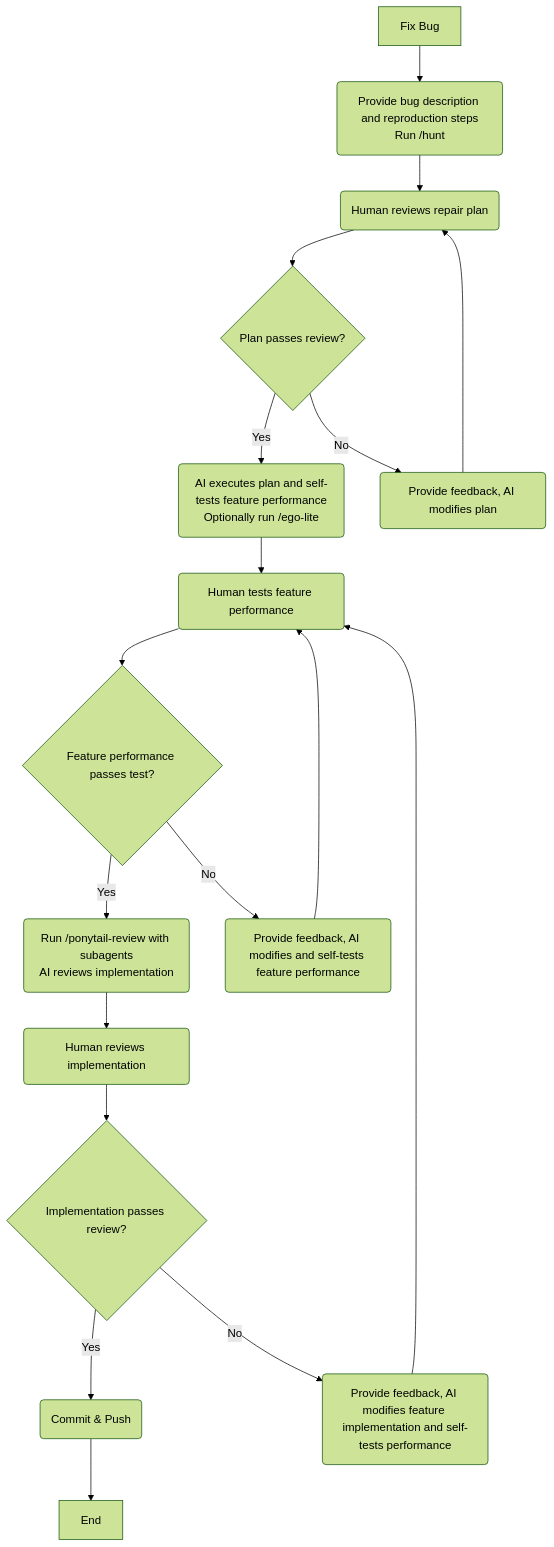
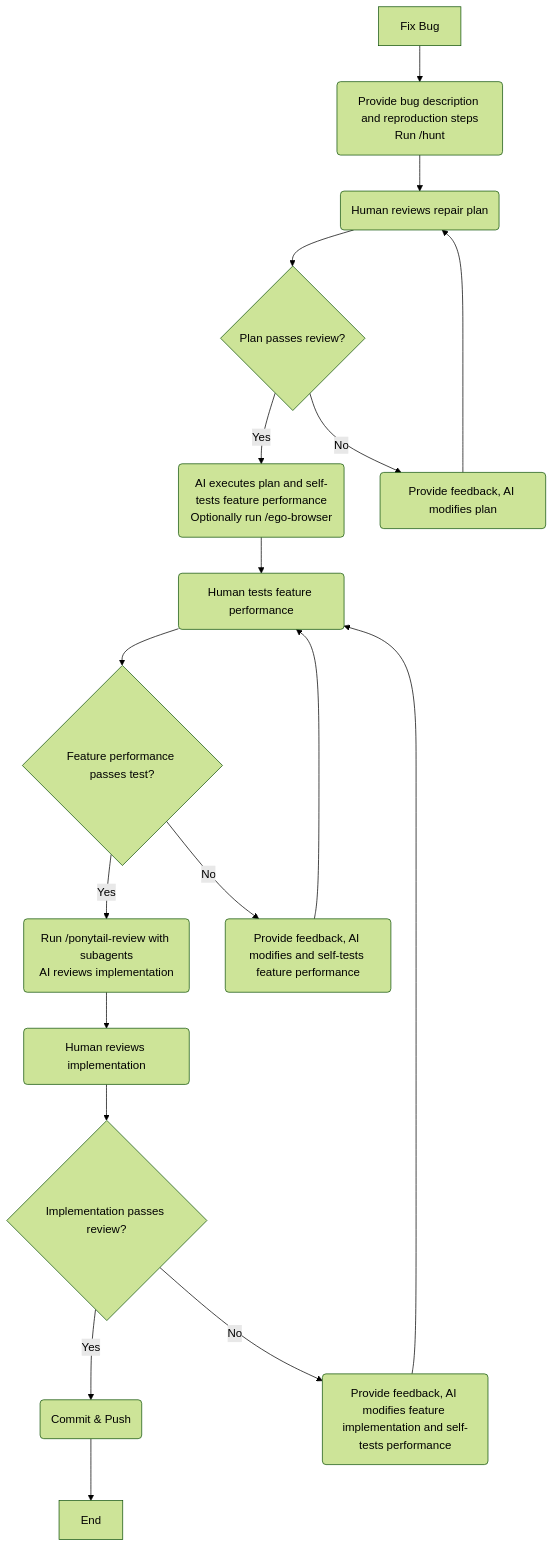
One commit to ModyQyW/ai changed the second of 3 diagrams in README.md. Above: the diagram before and after it, drawn with Mermaid (forest theme). The commit also changed other lines of this file and 1 other file, not shown here.

````diff
--- a/README.md
+++ b/README.md
@@ -137,20 +137,20 @@
 ```mermaid
 flowchart TD
    A[Fix Bug] --> B(Provide bug description and reproduction steps\nRun /hunt)
    B --> C(Human reviews repair plan)
    C --> D{Plan passes review?}
-   D -->|Yes| E(AI executes plan and self-tests feature performance\nOptionally run /ego-lite)
+   D -->|Yes| E(AI executes plan and self-tests feature performance\nOptionally run /ego-browser)
    D -->|No| F(Provide feedback, AI modifies plan)
    F --> C
    E --> G(Human tests feature performance)
    G --> H{Feature performance passes test?}
    H -->|Yes| I(Run /ponytail-review with subagents\nAI reviews implementation)
    H -->|No| J(Provide feedback, AI modifies and self-tests feature performance)
    J --> G
    I --> K(Human reviews implementation)
    K --> L{Implementation passes review?}
    L -->|Yes| M(Commit & Push)
    L -->|No| N(Provide feedback, AI modifies feature implementation and self-tests performance)
    N --> G
    M --> O[End]
 ```
````
